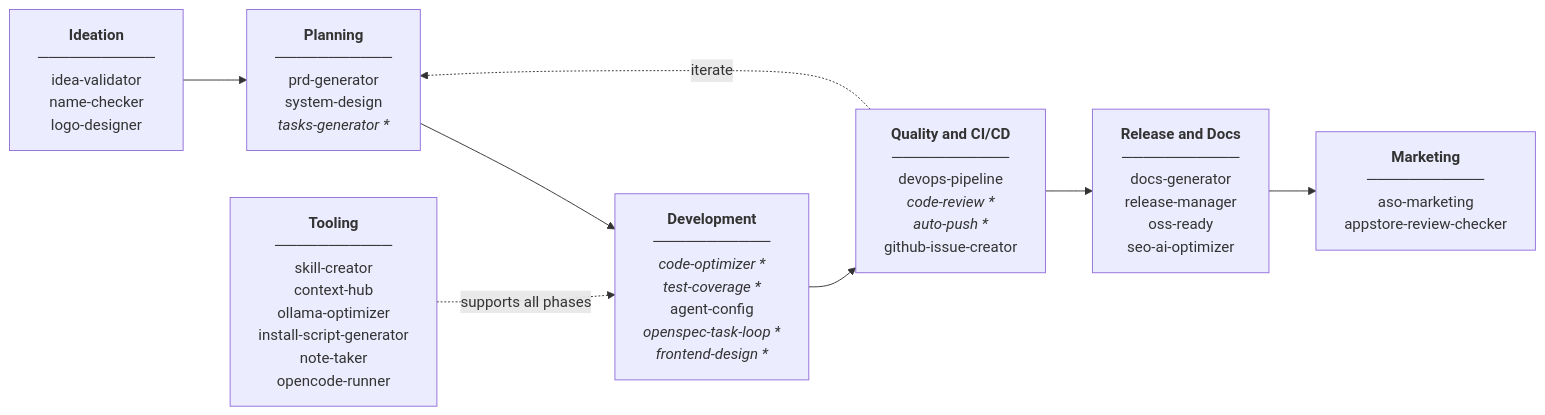
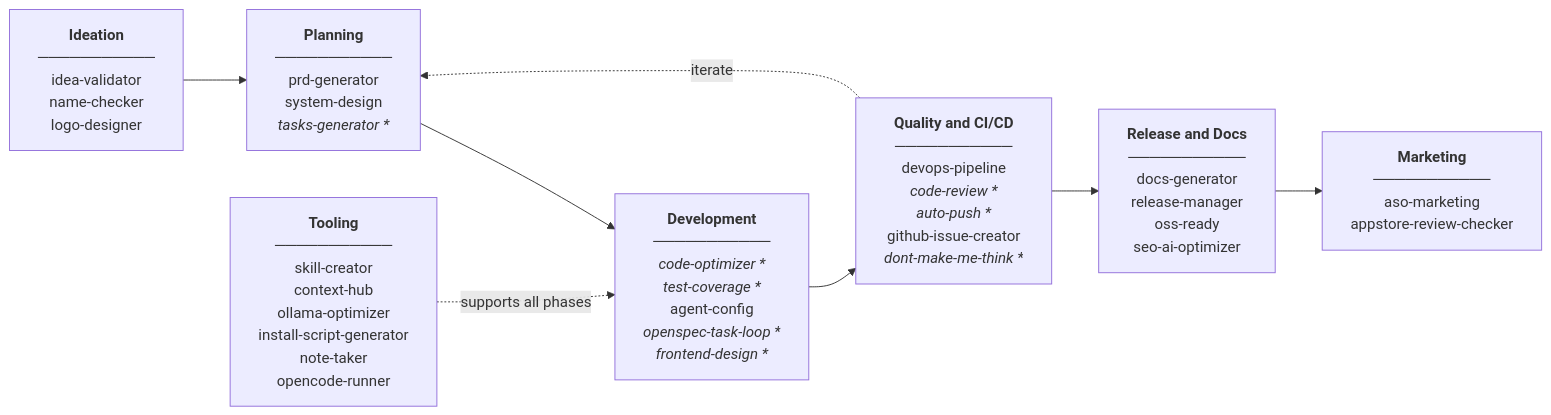
Before and after one commit to luongnv89/skills: the diagram in README.md, drawn with Mermaid. The commit also changed other lines of this file and 2 other files, not shown here.

````diff
--- a/README.md
+++ b/README.md
@@ -53,18 +53,18 @@
 ```mermaid
 flowchart LR
     IDEATION["<b>Ideation</b><br/>───────────<br/>idea-validator<br/>name-checker<br/>logo-designer"]
     PLANNING["<b>Planning</b><br/>───────────<br/>prd-generator<br/>system-design<br/><i>tasks-generator *</i>"]
     DEVELOPMENT["<b>Development</b><br/>───────────<br/><i>code-optimizer *</i><br/><i>test-coverage *</i><br/>agent-config<br/><i>openspec-task-loop *</i><br/><i>frontend-design *</i>"]
-    QUALITY["<b>Quality and CI/CD</b><br/>───────────<br/>devops-pipeline<br/><i>code-review *</i><br/><i>auto-push *</i><br/>github-issue-creator"]
+    QUALITY["<b>Quality and CI/CD</b><br/>───────────<br/>devops-pipeline<br/><i>code-review *</i><br/><i>auto-push *</i><br/>github-issue-creator<br/><i>dont-make-me-think *</i>"]
     RELEASE["<b>Release and Docs</b><br/>───────────<br/>docs-generator<br/>release-manager<br/>oss-ready<br/>seo-ai-optimizer"]
     MARKETING["<b>Marketing</b><br/>───────────<br/>aso-marketing<br/>appstore-review-checker"]
     TOOLING["<b>Tooling</b><br/>───────────<br/>skill-creator<br/>context-hub<br/>ollama-optimizer<br/>install-script-generator<br/>note-taker<br/>opencode-runner"]
 
     IDEATION --> PLANNING
     PLANNING --> DEVELOPMENT
     DEVELOPMENT --> QUALITY
     QUALITY --> RELEASE
     RELEASE --> MARKETING
     QUALITY -.->|iterate| PLANNING
     TOOLING -.->|supports all phases| DEVELOPMENT
 ```
````
